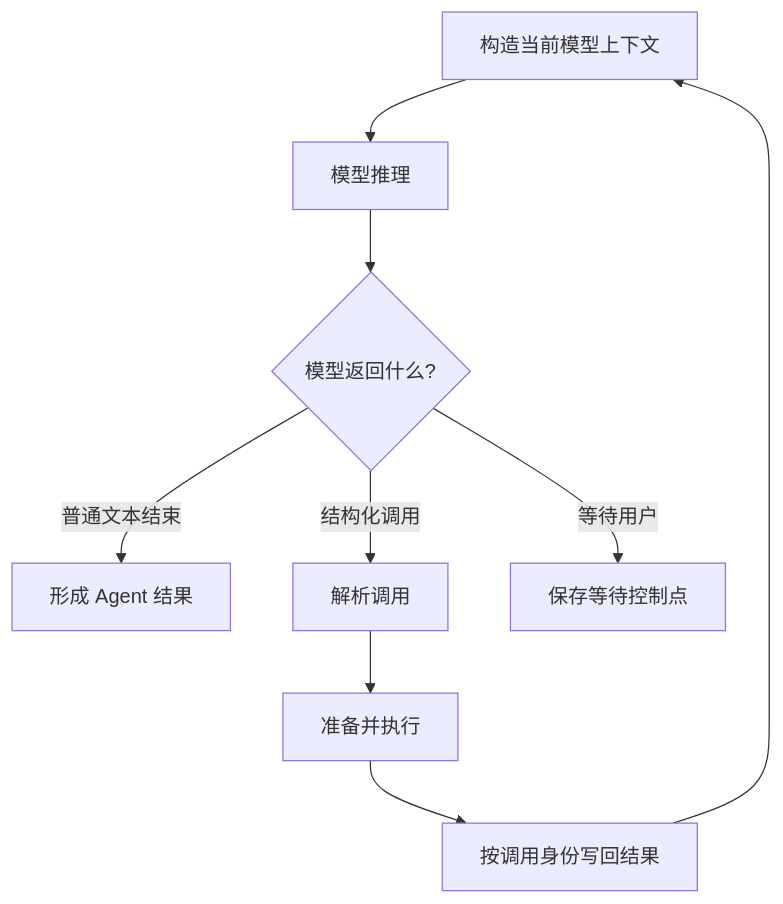
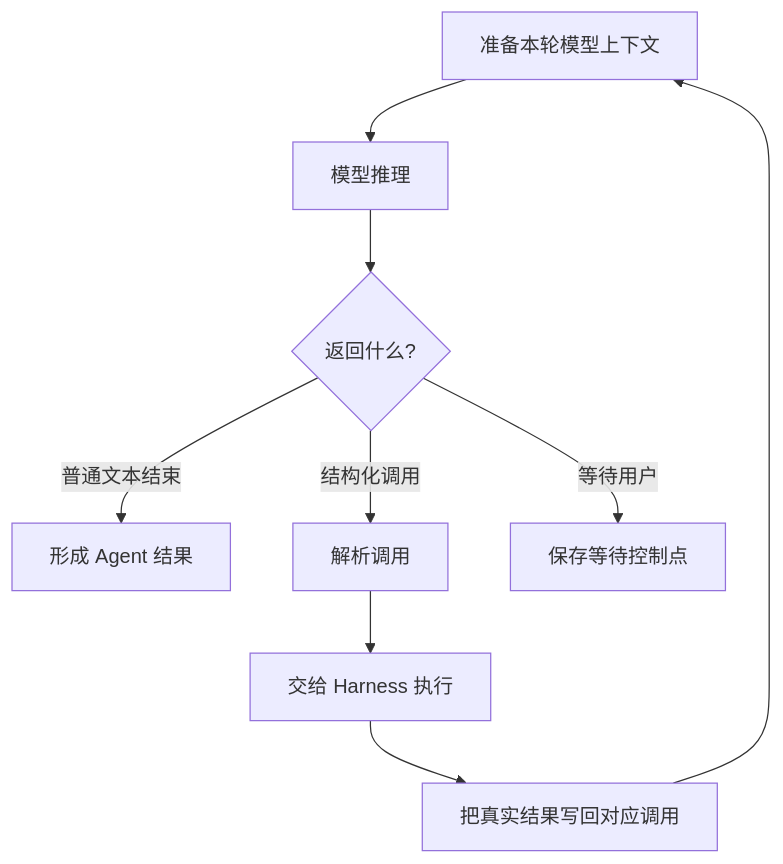
The fifth of 7 diagrams in docs/01-overview-and-pipeline.md (Arthur999459up/GitAgent), drawn with Mermaid before and after one commit. The commit also changed other lines of this file and 15 other files, not shown here.

````diff
--- a/docs/01-overview-and-pipeline.md
+++ b/docs/01-overview-and-pipeline.md
@@ -140,11 +118,11 @@
 ```mermaid
 flowchart TD
-    A[构造当前模型上下文] --> B[模型推理]
-    B --> C{模型返回什么?}
+    A[准备本轮模型上下文] --> B[模型推理]
+    B --> C{返回什么?}
     C -->|普通文本结束| D[形成 Agent 结果]
     C -->|结构化调用| E[解析调用]
-    E --> F[准备并执行]
-    F --> G[按调用身份写回结果]
+    E --> F[交给 Harness 执行]
+    F --> G[把真实结果写回对应调用]
     G --> A
     C -->|等待用户| H[保存等待控制点]
 ```
````
